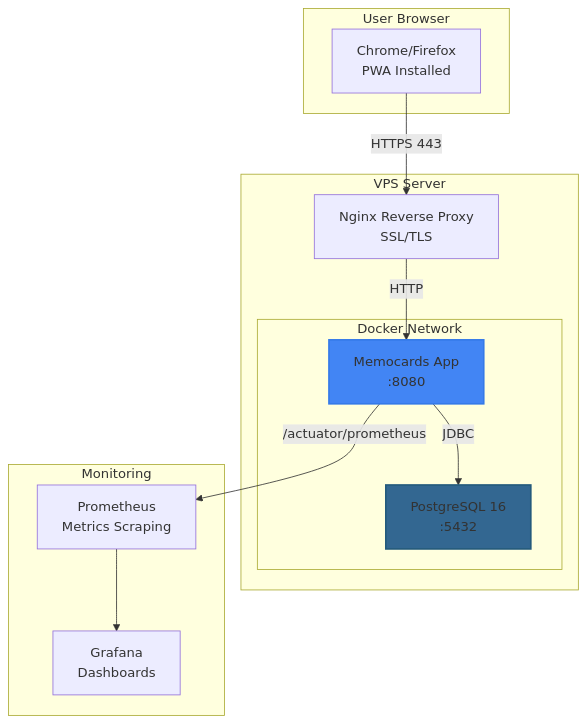
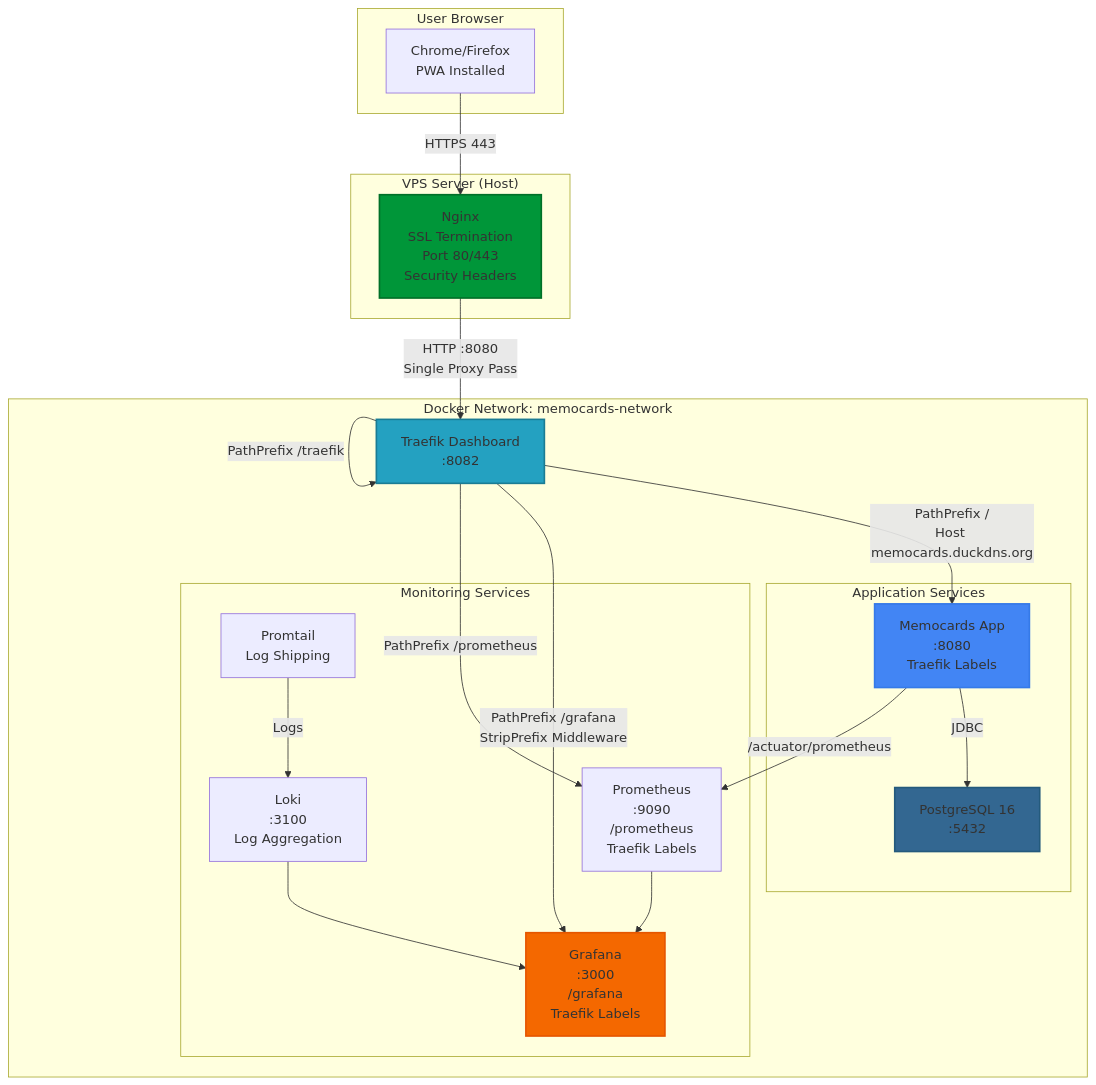
One commit to apolenkov/memocards changed the eighth of 9 diagrams in docs/architecture.md. Above: the diagram before and after it, drawn with Mermaid. The commit also changed other lines of this file and 9 other files, not shown here.

First line of the commit message:
feat(infrastructure): enhance Traefik and Nginx configurations for improved routing and monitoring

````diff
--- a/docs/architecture.md
+++ b/docs/architecture.md
@@ -285,30 +405,46 @@
 ```mermaid
 graph TB
     subgraph "User Browser"
         Browser[Chrome/Firefox<br/>PWA Installed]
     end
     
-    subgraph "VPS Server"
-        Nginx[Nginx Reverse Proxy<br/>SSL/TLS]
+    subgraph "VPS Server (Host)"
+        Nginx[Nginx<br/>SSL Termination<br/>Port 80/443<br/>Security Headers]
+    end
+    
+    subgraph "Docker Network: memocards-network"
+        Traefik[Traefik v3.0<br/>Internal Router<br/>Port 8080<br/>Docker Labels Auto-Discovery]
         
-        subgraph "Docker Network"
-            App[Memocards App<br/>:8080]
+        subgraph "Application Services"
+            App[Memocards App<br/>:8080<br/>Traefik Labels]
             Postgres[PostgreSQL 16<br/>:5432]
+        end
+        
+        subgraph "Monitoring Services"
+            Grafana[Grafana<br/>:3000<br/>/grafana<br/>Traefik Labels]
+            Prometheus[Prometheus<br/>:9090<br/>/prometheus<br/>Traefik Labels]
+            Loki[Loki<br/>:3100<br/>Log Aggregation]
+            Promtail[Promtail<br/>Log Shipping]
         end
     end
     
-    subgraph "Monitoring"
-        Prometheus[Prometheus<br/>Metrics Scraping]
-        Grafana[Grafana<br/>Dashboards]
-    end
+    Browser -->|HTTPS 443| Nginx
+    Nginx -->|HTTP :8080<br/>Single Proxy Pass| Traefik
     
-    Browser -->|HTTPS 443| Nginx
-    Nginx -->|HTTP| App
+    Traefik -->|PathPrefix /<br/>Host memocards.duckdns.org| App
+    Traefik -->|PathPrefix /grafana<br/>StripPrefix Middleware| Grafana
+    Traefik -->|PathPrefix /prometheus| Prometheus
+    Traefik -->|PathPrefix /traefik| Traefik[Traefik Dashboard<br/>:8082]
+    
     App -->|JDBC| Postgres
+    App -->|/actuator/prometheus| Prometheus
+    Promtail -->|Logs| Loki
+    Prometheus --> Grafana
+    Loki --> Grafana
     
-    App -->|/actuator/prometheus| Prometheus
-    Prometheus --> Grafana
-    
+    style Nginx fill:#009639,stroke:#007028,stroke-width:2px
+    style Traefik fill:#24a1c1,stroke:#1a7c94,stroke-width:2px
     style App fill:#4285f4,stroke:#357ae8,stroke-width:2px
     style Postgres fill:#336791,stroke:#245a7c,stroke-width:2px
+    style Grafana fill:#f46800,stroke:#e55600,stroke-width:2px
 ```
````
